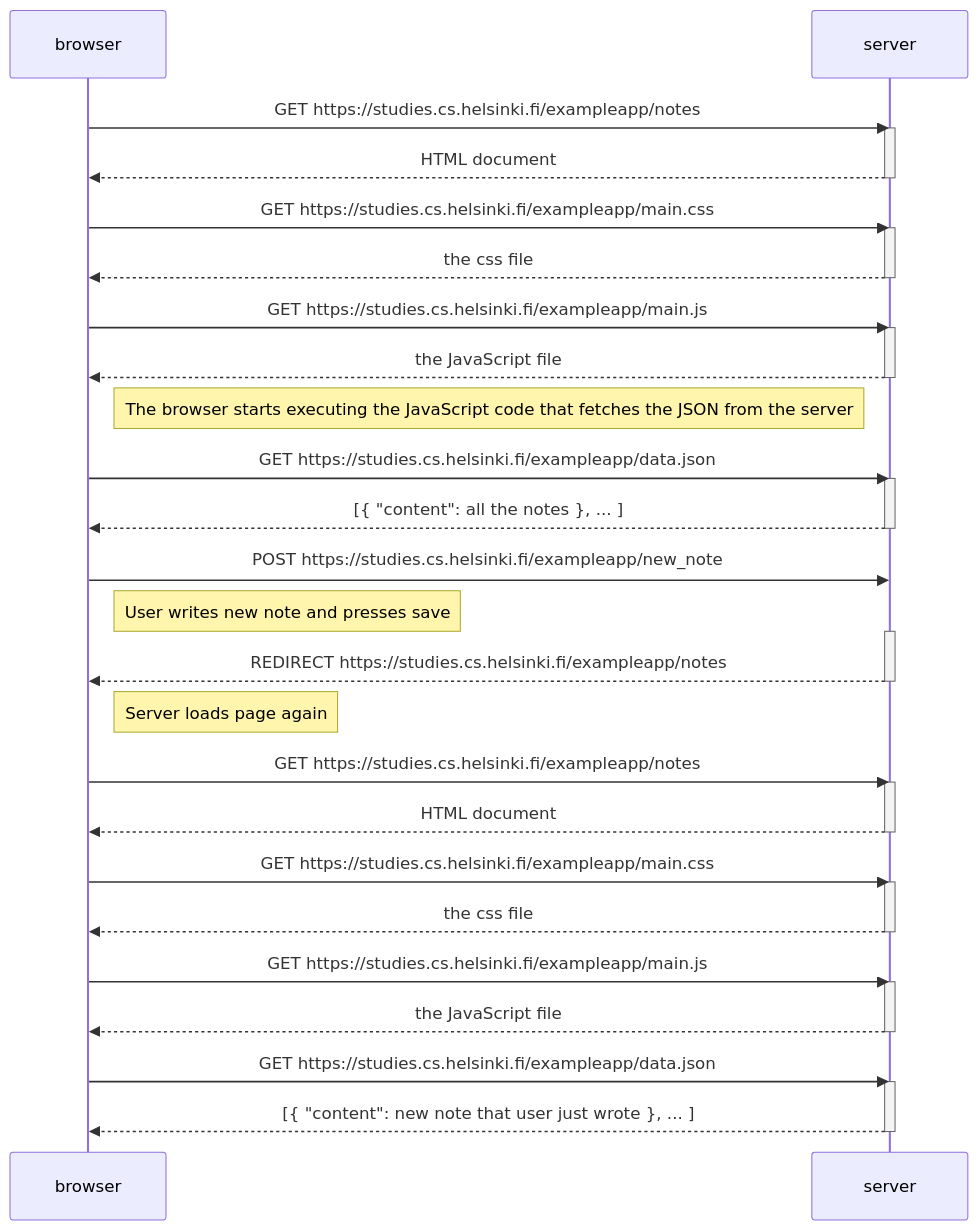
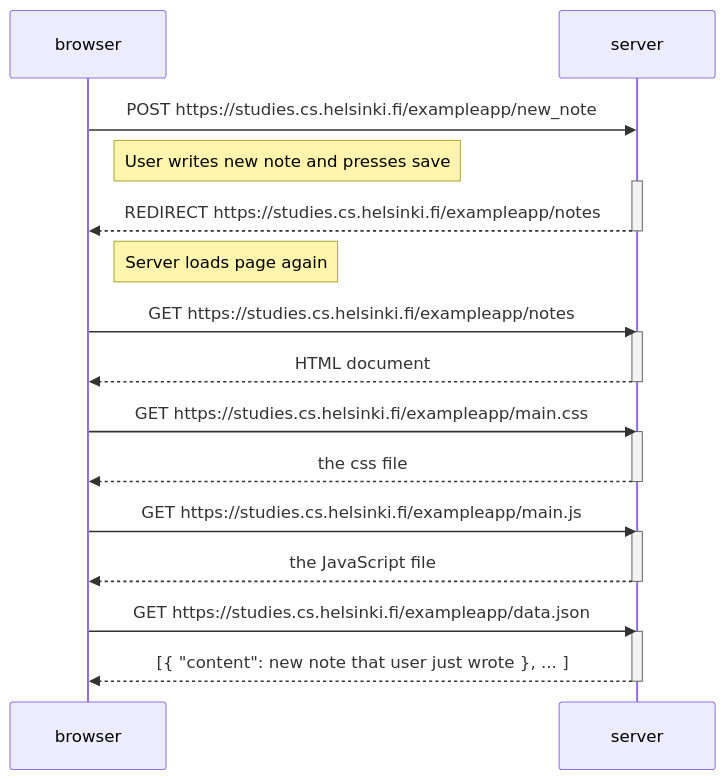
Before and after one commit to eppumelto/fullstackopen: the diagram in 0.4.md, drawn with Mermaid.

````diff
--- a/0.4.md
+++ b/0.4.md
@@ -1,57 +1,34 @@
 ```mermaid
 sequenceDiagram
     participant browser
     participant server
     
-    browser->>server: GET https://studies.cs.helsinki.fi/exampleapp/notes
-    activate server
-    server-->>browser: HTML document
-    deactivate server
-    
-    browser->>server: GET https://studies.cs.helsinki.fi/exampleapp/main.css
-    activate server
-    server-->>browser: the css file
-    deactivate server
-    
-    browser->>server: GET https://studies.cs.helsinki.fi/exampleapp/main.js
-    activate server
-    server-->>browser: the JavaScript file
-    deactivate server
-    
-    Note right of browser: The browser starts executing the JavaScript code that fetches the JSON from the server
-
-    browser->>server: GET https://studies.cs.helsinki.fi/exampleapp/data.json
-    activate server
-    server-->>browser: [{ "content": all the notes }, ... ]
-    deactivate server    
-
-
     browser->>server: POST https://studies.cs.helsinki.fi/exampleapp/new_note
     Note right of browser: User writes new note and presses save
     activate server
     server-->>browser: REDIRECT https://studies.cs.helsinki.fi/exampleapp/notes
     deactivate server
 
     Note right of browser: Server loads page again
     browser->>server: GET https://studies.cs.helsinki.fi/exampleapp/notes
     activate server
     server-->>browser: HTML document
     deactivate server
 
     browser->>server: GET https://studies.cs.helsinki.fi/exampleapp/main.css
     activate server
     server-->>browser: the css file
     deactivate server
     
     browser->>server: GET https://studies.cs.helsinki.fi/exampleapp/main.js
     activate server
     server-->>browser: the JavaScript file
     deactivate server
 
     browser->>server: GET https://studies.cs.helsinki.fi/exampleapp/data.json
     activate server
     server-->>browser: [{ "content": new note that user just wrote }, ... ]
     deactivate server    
 
 
 ```
````
